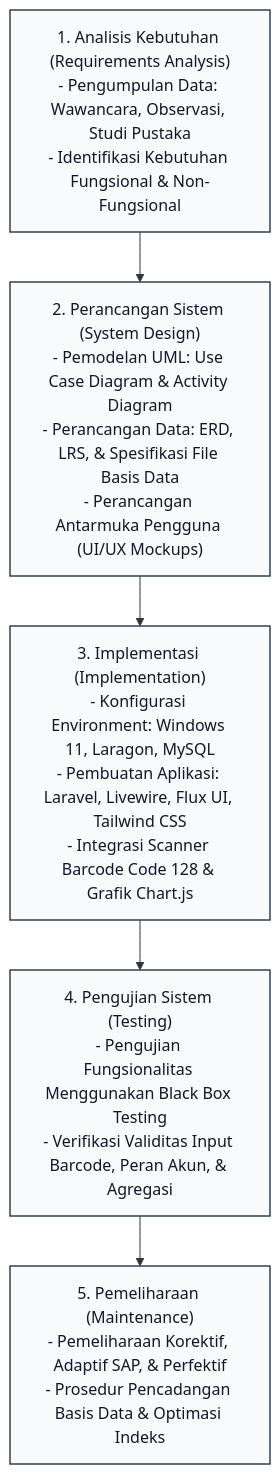
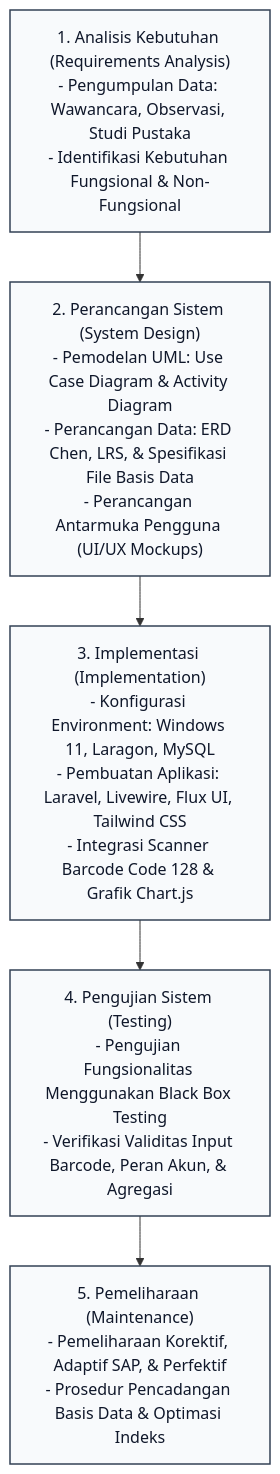
The first of 11 diagrams in docs/BAB_III_Draft.md (ZulfikarHD/scan-produksi), drawn with Mermaid before and after one commit. The commit also changed other lines of this file and 1 other file, not shown here.

First line of the commit message:
feat(docs): update system design and requirements analysis sections

````diff
--- a/docs/BAB_III_Draft.md
+++ b/docs/BAB_III_Draft.md
@@ -55,10 +55,10 @@
 ```mermaid
 flowchart TD
-    A["1. Analisis Kebutuhan (Requirements Analysis)<br/>- Pengumpulan Data: Wawancara, Observasi, Studi Pustaka<br/>- Identifikasi Kebutuhan Fungsional & Non-Fungsional"] --> B["2. Perancangan Sistem (System Design)<br/>- Pemodelan UML: Use Case Diagram & Activity Diagram<br/>- Perancangan Data: ERD, LRS, & Spesifikasi File Basis Data<br/>- Perancangan Antarmuka Pengguna (UI/UX Mockups)"]
+    A["1. Analisis Kebutuhan (Requirements Analysis)<br/>- Pengumpulan Data: Wawancara, Observasi, Studi Pustaka<br/>- Identifikasi Kebutuhan Fungsional & Non-Fungsional"] --> B["2. Perancangan Sistem (System Design)<br/>- Pemodelan UML: Use Case Diagram & Activity Diagram<br/>- Perancangan Data: ERD Chen, LRS, & Spesifikasi File Basis Data<br/>- Perancangan Antarmuka Pengguna (UI/UX Mockups)"]
     B --> C["3. Implementasi (Implementation)<br/>- Konfigurasi Environment: Windows 11, Laragon, MySQL<br/>- Pembuatan Aplikasi: Laravel, Livewire, Flux UI, Tailwind CSS<br/>- Integrasi Scanner Barcode Code 128 & Grafik Chart.js"]
     C --> D["4. Pengujian Sistem (Testing)<br/>- Pengujian Fungsionalitas Menggunakan Black Box Testing<br/>- Verifikasi Validitas Input Barcode, Peran Akun, & Agregasi"]
     D --> E["5. Pemeliharaan (Maintenance)<br/>- Pemeliharaan Korektif, Adaptif SAP, & Perfektif<br/>- Prosedur Pencadangan Basis Data & Optimasi Indeks"]
 
     classDef stage fill:#f8fafc,stroke:#334155,stroke-width:1.5px,color:#0f172a;
     class A,B,C,D,E stage;
 ```
````
